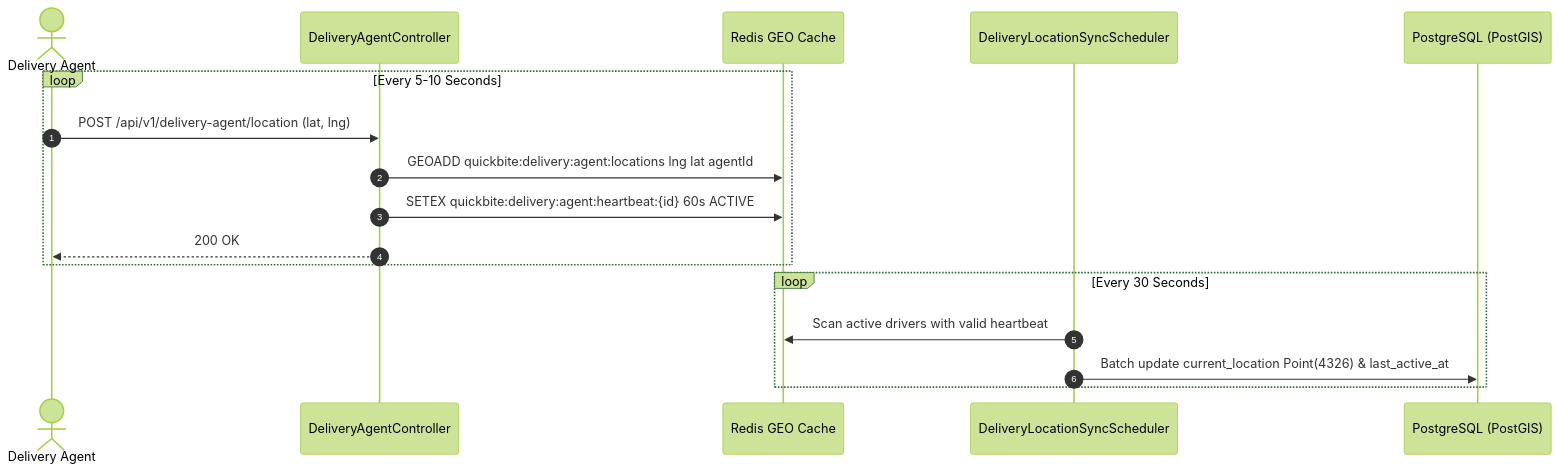
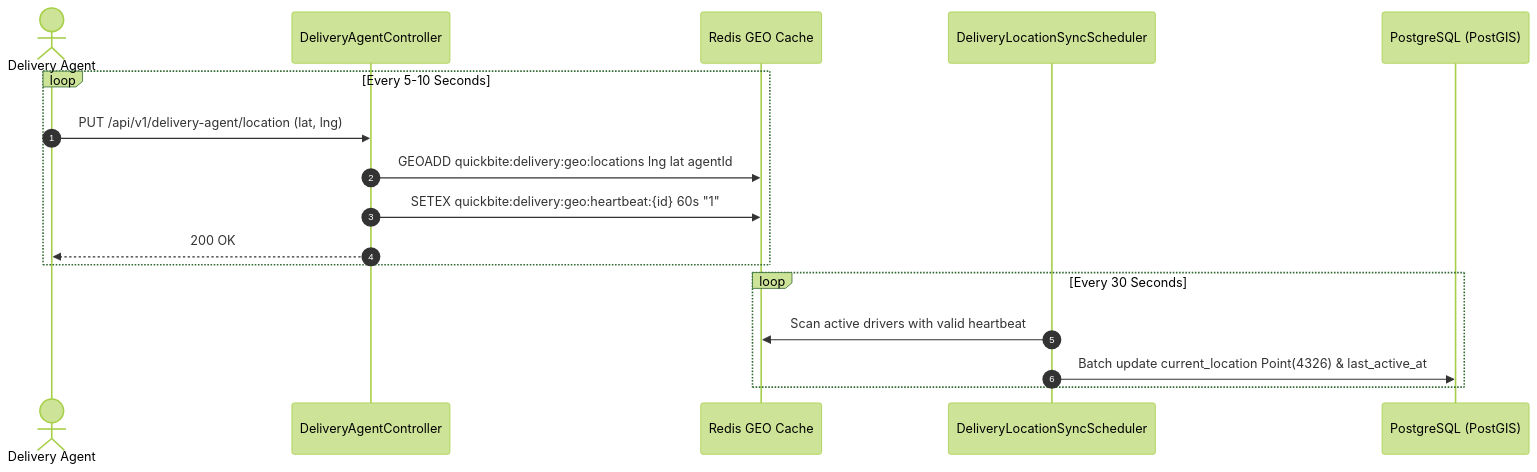
The second of 3 diagrams in docs/dispatch-and-routing.md (eshant52/quickbite-backend), drawn with Mermaid (forest theme) before and after one commit. The commit also changed other lines of this file and 36 other files, not shown here.

First line of the commit message:
docs: update architecture guides, benchmark tooling, and Postman collections

````diff
--- a/docs/dispatch-and-routing.md
+++ b/docs/dispatch-and-routing.md
@@ -70,21 +70,21 @@
 ```mermaid
 sequenceDiagram
     autonumber
     actor Driver as Delivery Agent
     participant Controller as DeliveryAgentController
     participant Redis as Redis GEO Cache
     participant Scheduler as DeliveryLocationSyncScheduler
     participant DB as PostgreSQL (PostGIS)
 
     loop Every 5-10 Seconds
-        Driver->>Controller: POST /api/v1/delivery-agent/location (lat, lng)
-        Controller->>Redis: GEOADD quickbite:delivery:agent:locations lng lat agentId
-        Controller->>Redis: SETEX quickbite:delivery:agent:heartbeat:{id} 60s ACTIVE
+        Driver->>Controller: PUT /api/v1/delivery-agent/location (lat, lng)
+        Controller->>Redis: GEOADD quickbite:delivery:geo:locations lng lat agentId
+        Controller->>Redis: SETEX quickbite:delivery:geo:heartbeat:{id} 60s "1"
         Controller-->>Driver: 200 OK
     end
 
     loop Every 30 Seconds
         Scheduler->>Redis: Scan active drivers with valid heartbeat
         Scheduler->>DB: Batch update current_location Point(4326) & last_active_at
     end
 ```
````
